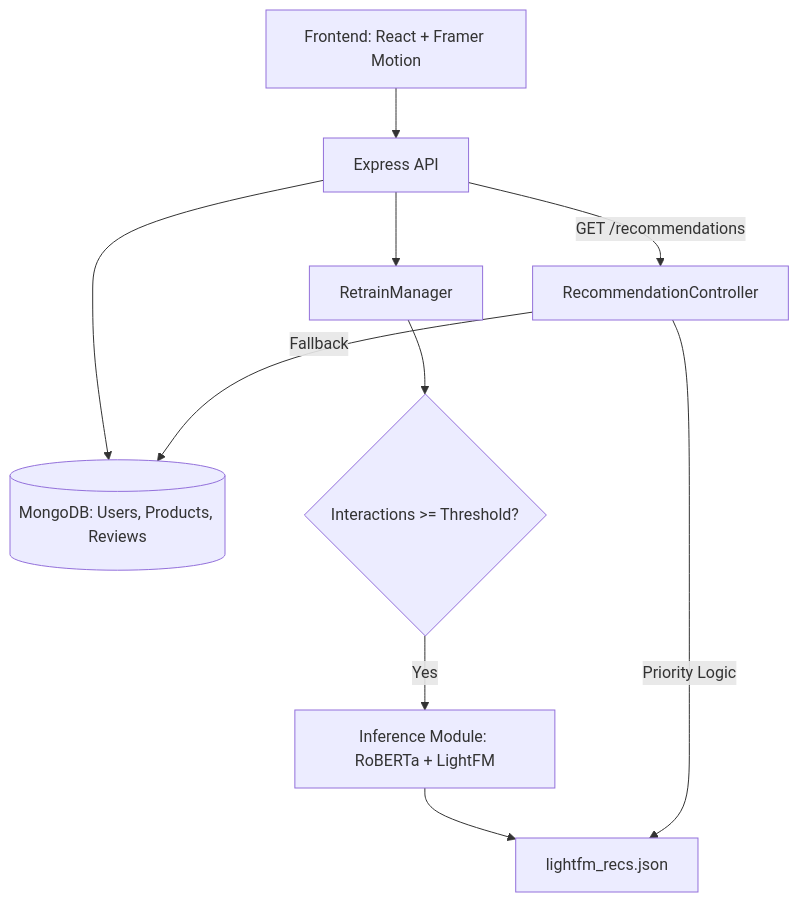
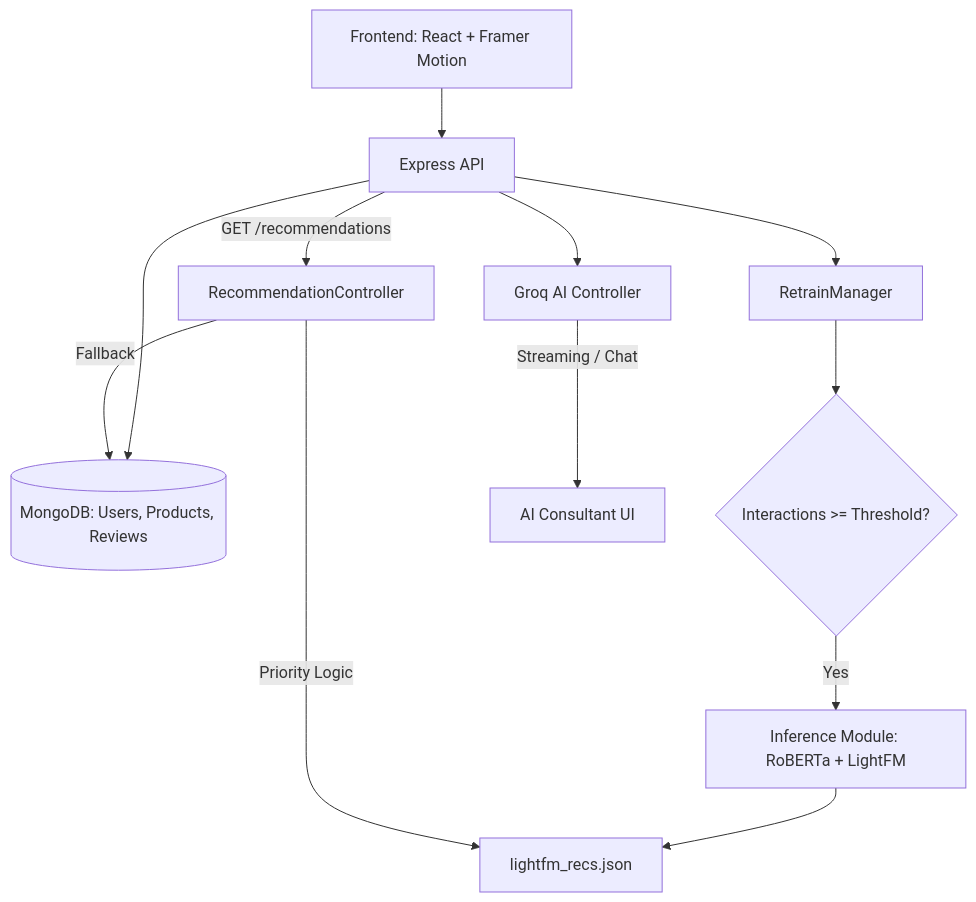
One commit to ateebarman/RecoSense changed the diagram in README.md. Above: the diagram before and after it, drawn with Mermaid. The commit also changed other lines of this file, not shown here.

Commit message:
docs: Update README with AI Consultant and recent UI/UX optimizations

````diff
--- a/README.md
+++ b/README.md
@@ -49,12 +46,14 @@
 ```mermaid
 graph TD
     A[Frontend: React + Framer Motion] --> B[Express API]
     B --> C[(MongoDB: Users, Products, Reviews)]
     B --> D[RetrainManager]
+    B --> I[Groq AI Controller]
     D --> E{Interactions >= Threshold?}
     E -- Yes --> F[Inference Module: RoBERTa + LightFM]
     F --> G[lightfm_recs.json]
     B -- GET /recommendations --> H[RecommendationController]
     H -- Priority Logic --> G
     H -- Fallback --> C
+    I -- Streaming / Chat --> J[AI Consultant UI]
 ```
````
